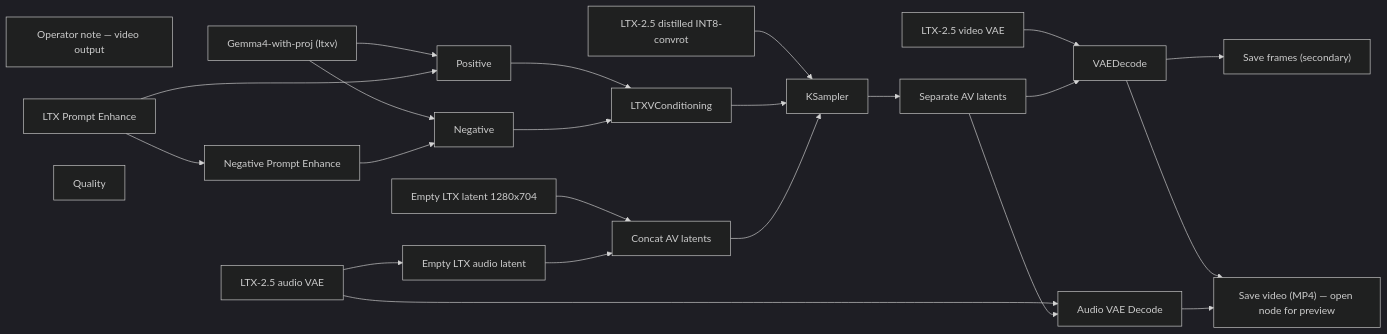
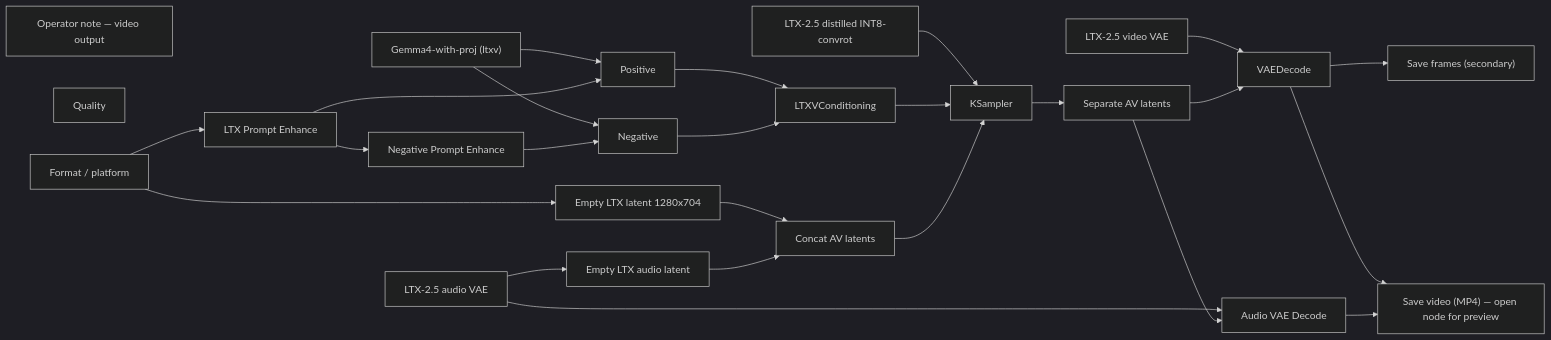
One commit to toxicoder/ez-comfy-stack changed the diagram in docs/generated/workflows/ltx/broll-ambient.md. Above: the diagram before and after it, drawn with Mermaid (dark theme). The commit also changed other lines of this file and 312 other files, not shown here.

First line of the commit message:
feat: Format / platform on Klein, Wan, and LTX Apps

````diff
--- a/docs/generated/workflows/ltx/broll-ambient.md
+++ b/docs/generated/workflows/ltx/broll-ambient.md
@@ -54,44 +56,47 @@
 ```mermaid
 flowchart LR
   N1["LTX-2.5 distilled INT8-convrot"]
   N2["LTX-2.5 video VAE"]
   N3["Gemma4-with-proj (ltxv)"]
   N4["Positive"]
   N5["Negative"]
   N6["Empty LTX latent 1280x704"]
   N7["LTXVConditioning"]
   N8["KSampler"]
   N9["VAEDecode"]
   N10["Save frames (secondary)"]
   N11["LTX-2.5 audio VAE"]
   N12["Empty LTX audio latent"]
   N13["Concat AV latents"]
   N14["Separate AV latents"]
   N15["Operator note — video output"]
   N16["Save video (MP4) — open node for preview"]
   N17["LTX Prompt Enhance"]
   N18["Audio VAE Decode"]
   N19["Negative Prompt Enhance"]
   N20["Quality"]
+  N21["Format / platform"]
   N1 --> N8
   N2 --> N9
   N3 --> N4
   N3 --> N5
   N4 --> N7
   N5 --> N7
   N6 --> N13
   N7 --> N8
   N8 --> N14
   N9 --> N10
   N9 --> N16
   N11 --> N12
   N11 --> N18
   N12 --> N13
   N13 --> N8
   N14 --> N9
   N14 --> N18
   N17 --> N4
   N17 --> N19
   N18 --> N16
   N19 --> N5
+  N21 --> N6
+  N21 --> N17
 ```
````
